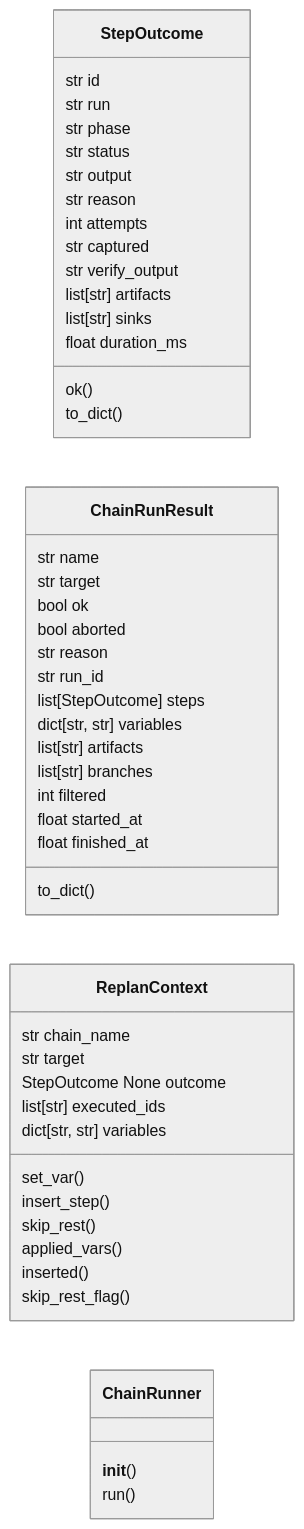
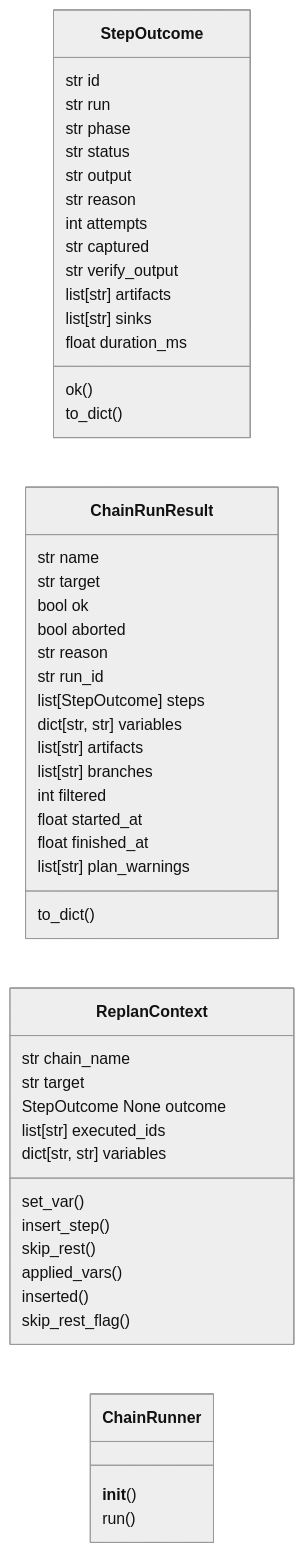
The first of 2 diagrams in readmenator-apidocs/modules/modules.chain_runner.py.md (grisuno/LazyOwn), drawn with Mermaid (neutral theme) before and after one commit. The commit also changed other lines of this file and 351 other files, not shown here.

````diff
--- a/readmenator-apidocs/modules/modules.chain_runner.py.md
+++ b/readmenator-apidocs/modules/modules.chain_runner.py.md
@@ -22,49 +22,50 @@
 ```mermaid
 classDiagram
     direction LR
     class StepOutcome
     StepOutcome : str id
     StepOutcome : str run
     StepOutcome : str phase
     StepOutcome : str status
     StepOutcome : str output
     StepOutcome : str reason
     StepOutcome : int attempts
     StepOutcome : str captured
     StepOutcome : str verify_output
     StepOutcome : list[str] artifacts
     StepOutcome : list[str] sinks
     StepOutcome : float duration_ms
     StepOutcome : ok()
     StepOutcome : to_dict()
     class ChainRunResult
     ChainRunResult : str name
     ChainRunResult : str target
     ChainRunResult : bool ok
     ChainRunResult : bool aborted
     ChainRunResult : str reason
     ChainRunResult : str run_id
     ChainRunResult : list[StepOutcome] steps
     ChainRunResult : dict[str, str] variables
     ChainRunResult : list[str] artifacts
     ChainRunResult : list[str] branches
     ChainRunResult : int filtered
     ChainRunResult : float started_at
     ChainRunResult : float finished_at
+    ChainRunResult : list[str] plan_warnings
     ChainRunResult : to_dict()
     class ReplanContext
     ReplanContext : str chain_name
     ReplanContext : str target
     ReplanContext : StepOutcome  None outcome
     ReplanContext : list[str] executed_ids
     ReplanContext : dict[str, str] variables
     ReplanContext : set_var()
     ReplanContext : insert_step()
     ReplanContext : skip_rest()
     ReplanContext : applied_vars()
     ReplanContext : inserted()
     ReplanContext : skip_rest_flag()
     class ChainRunner
     ChainRunner : __init__()
     ChainRunner : run()
 ```
````
